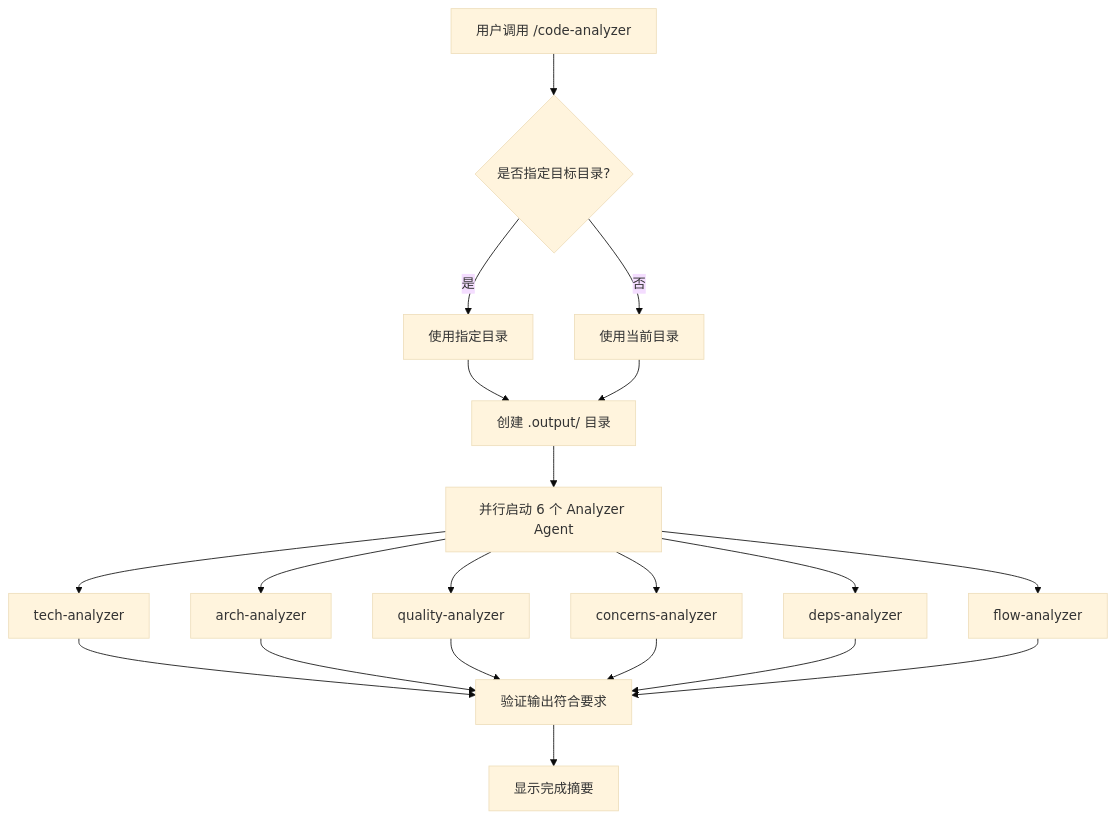
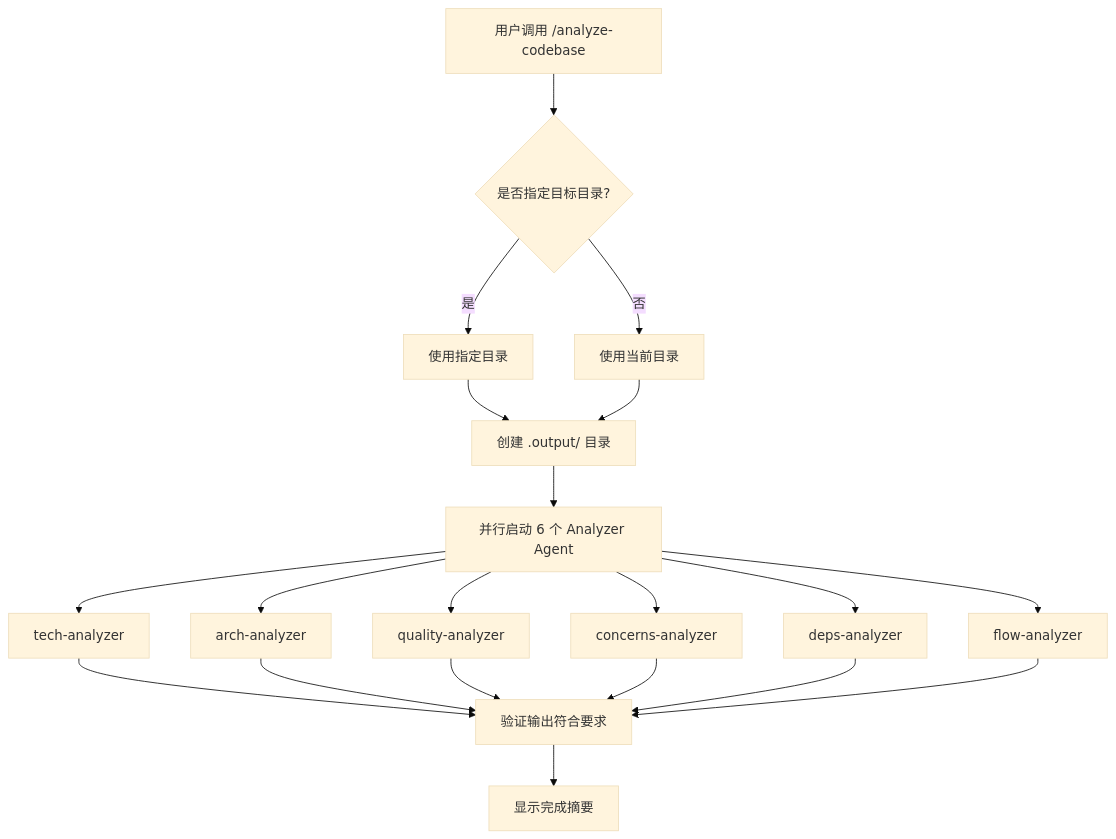
The diagram in README.md (yrzroger/code-analyzer), drawn with Mermaid (base theme) before and after one commit. The commit also changed other lines of this file and 14 other files, not shown here.

First line of the commit message:
refactor: 重命名 code-analyzer 为 analyze-codebase

````diff
--- a/README.md
+++ b/README.md
@@ -37,22 +37,22 @@
 ```mermaid
 graph TD
-    A[用户调用 /code-analyzer] --> B{是否指定目标目录?}
+    A[用户调用 /analyze-codebase] --> B{是否指定目标目录?}
     B -->|是| C[使用指定目录]
     B -->|否| D[使用当前目录]
     C --> E[创建 .output/ 目录]
     D --> E
     E --> F[并行启动 6 个 Analyzer Agent]
     F --> G1[tech-analyzer]
     F --> G2[arch-analyzer]
     F --> G3[quality-analyzer]
     F --> G4[concerns-analyzer]
     F --> G5[deps-analyzer]
     F --> G6[flow-analyzer]
     G1 --> H[验证输出符合要求]
     G2 --> H
     G3 --> H
     G4 --> H
     G5 --> H
     G6 --> H
     H --> I[显示完成摘要]
 ```
````
